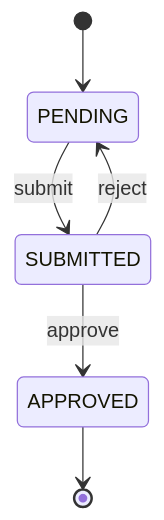
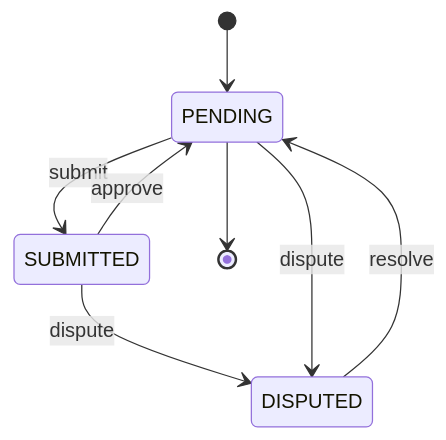
Before and after one commit to midcontract/protocol: the first of 2 diagrams in README.md, drawn with Mermaid. The commit also changed 11 other files, not shown here.

````diff
--- a/README.md
+++ b/README.md
@@ -5,8 +5,10 @@
 ```mermaid
 stateDiagram-v2
     [*] --> PENDING
     PENDING --> SUBMITTED: submit
-    SUBMITTED --> APPROVED: approve
-    SUBMITTED --> PENDING: reject
-    APPROVED -->  [*]
+    SUBMITTED --> PENDING: approve
+    SUBMITTED --> DISPUTED: dispute
+    PENDING --> DISPUTED: dispute
+    DISPUTED --> PENDING: resolve
+    PENDING -->  [*]
 ```
````
